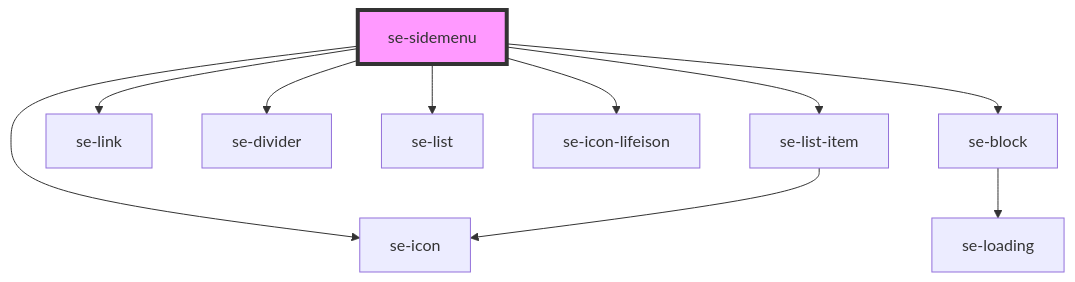
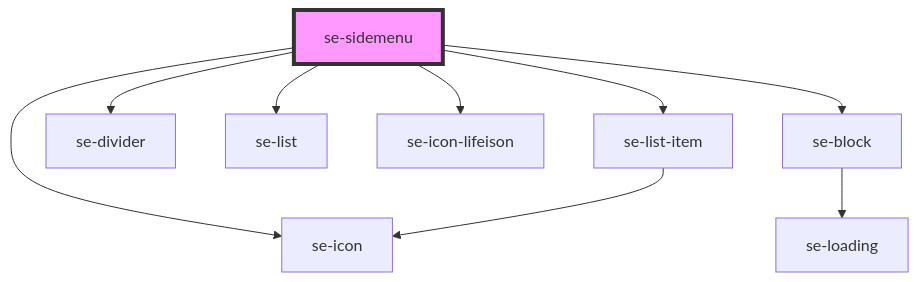
Before and after one commit to robbiemcmullense/se-web-ui: the diagram in src-core/src/components/sidemenu/readme.md, drawn with Mermaid. The commit also changed other lines of this file and 2 other files, not shown here.

Commit message:
update sidemenu e2e tests

````diff
--- a/src-core/src/components/sidemenu/readme.md
+++ b/src-core/src/components/sidemenu/readme.md
@@ -41,13 +40,12 @@
 ```mermaid
 graph TD;
   se-sidemenu --> se-list-item
   se-sidemenu --> se-icon
-  se-sidemenu --> se-link
   se-sidemenu --> se-divider
   se-sidemenu --> se-list
   se-sidemenu --> se-icon-lifeison
   se-sidemenu --> se-block
   se-list-item --> se-icon
   se-block --> se-loading
   style se-sidemenu fill:#f9f,stroke:#333,stroke-width:4px
 ```
````
